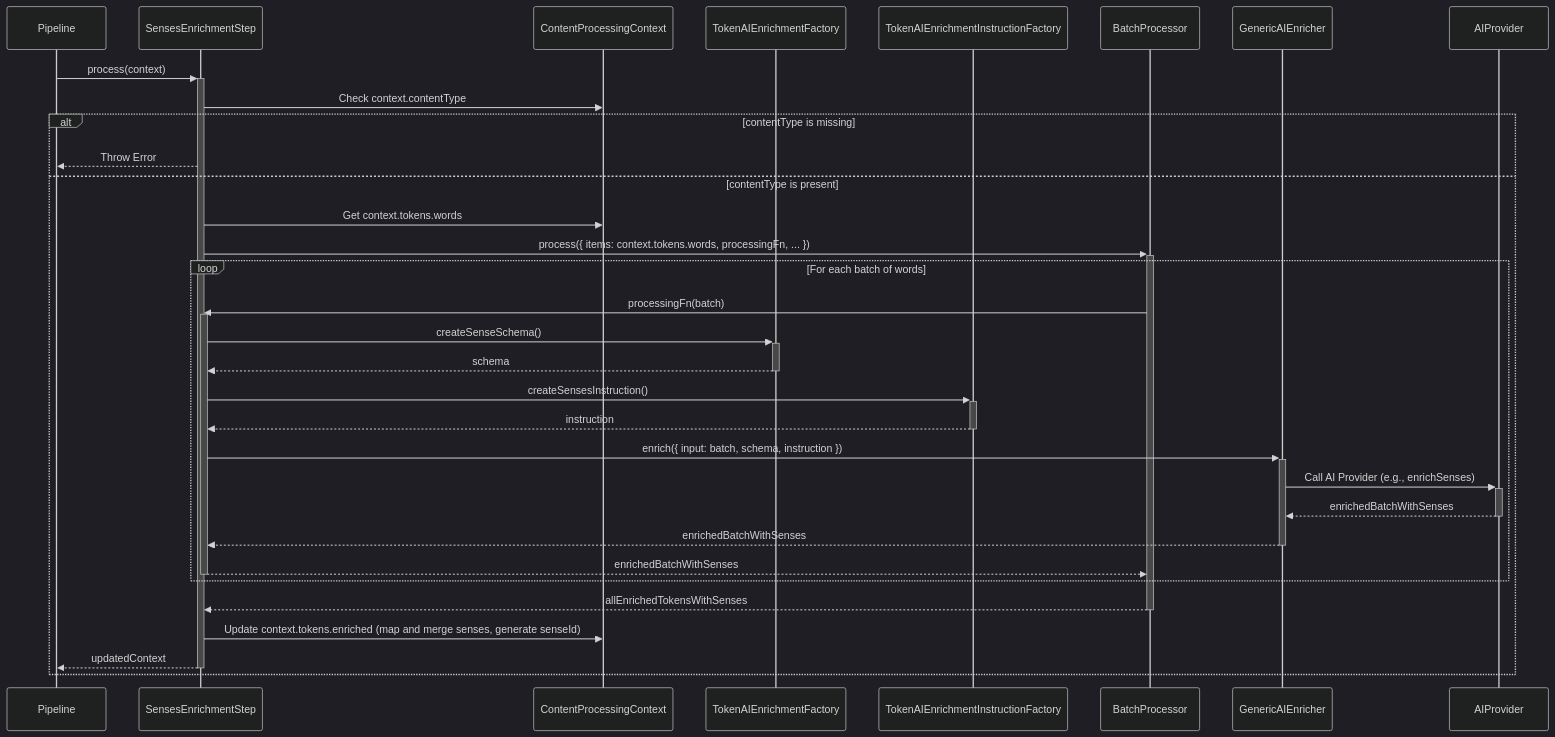
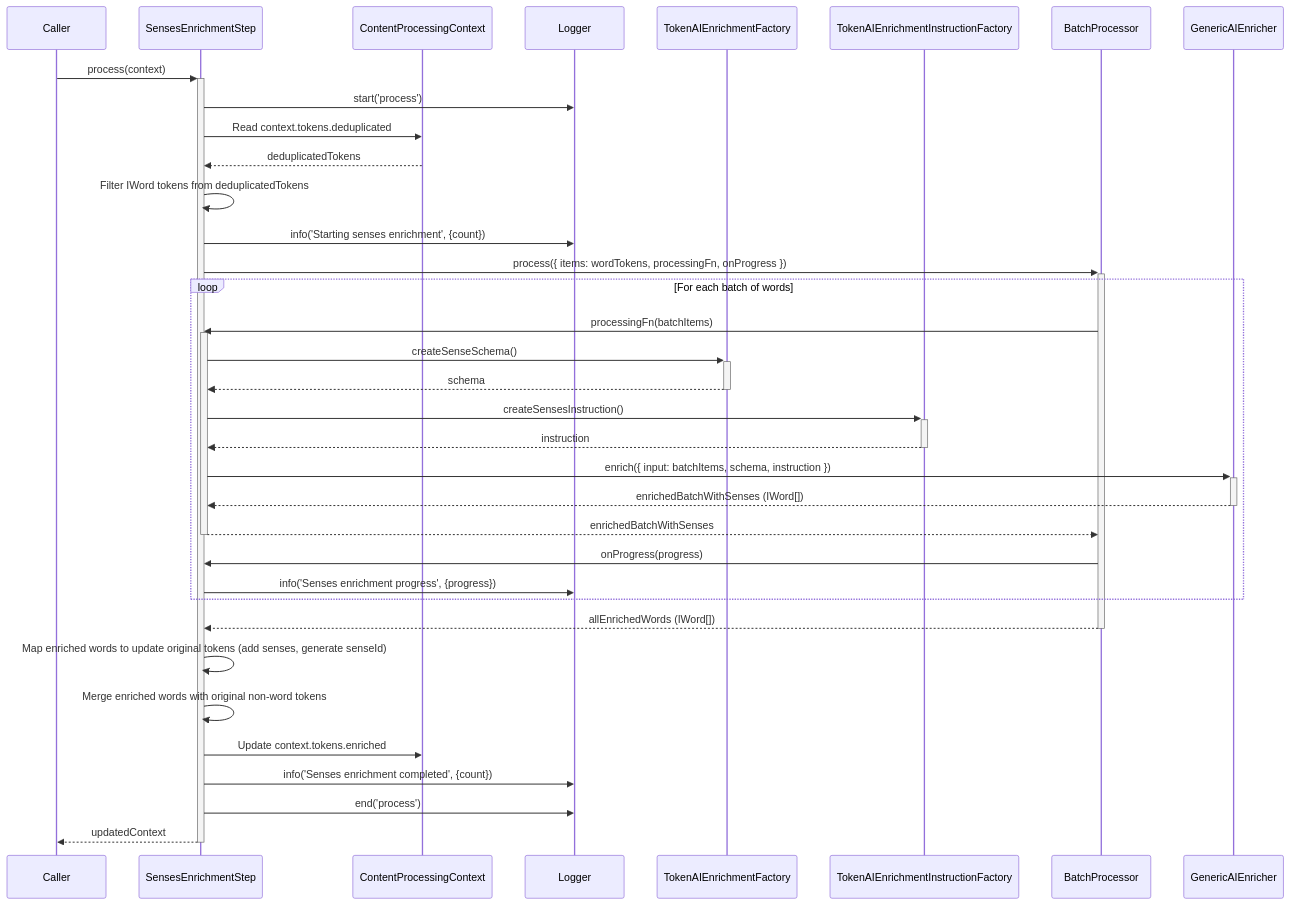
The diagram in lib/pipelines/steps/SensesEnrichmentStep.mmd (judithsanchez/bocaditosespanol), drawn with Mermaid before and after one commit. The commit also changed 15 other files, not shown here.

```diff
--- a/lib/pipelines/steps/SensesEnrichmentStep.mmd
+++ b/lib/pipelines/steps/SensesEnrichmentStep.mmd
@@ -1,34 +1,36 @@
-%%{ init: { 'theme': 'dark', 'themeVariables': { 'background': '#1e1e1e', 'primaryColor': '#2d2d30', 'primaryBorderColor': '#3c3c3c', 'primaryTextColor': '#d4d4d4', 'lineColor': '#569cd6', 'secondaryColor': '#ce9178', 'tertiaryColor': '#4ec9b0' } } }%%
 sequenceDiagram
-    participant Pipeline
+    participant Caller
     participant SES as SensesEnrichmentStep
-    participant CPC as ContentProcessingContext
-    participant TEF as TokenAIEnrichmentFactory
-    participant TEIF as TokenAIEnrichmentInstructionFactory
+    participant Ctx as ContentProcessingContext
+    participant Logger
+    participant SchemaFactory as TokenAIEnrichmentFactory
+    participant InstructionFactory as TokenAIEnrichmentInstructionFactory
     participant BP as BatchProcessor
-    participant GE as GenericAIEnricher
-    participant AIP as AIProvider
+    participant Enricher as GenericAIEnricher
 
-    Pipeline->>+SES: process(context)
-    SES->>CPC: Check context.contentType
-    alt contentType is missing
-        SES-->>Pipeline: Throw Error
-    else contentType is present
-        SES->>CPC: Get context.tokens.words
-        SES->>+BP: process({ items: context.tokens.words, processingFn, ... })
-        loop For each batch of words
-            BP->>+SES: processingFn(batch)
-            SES->>+TEF: createSenseSchema()
-            TEF-->>-SES: schema
-            SES->>+TEIF: createSensesInstruction()
-            TEIF-->>-SES: instruction
-            SES->>+GE: enrich({ input: batch, schema, instruction })
-            GE->>+AIP: Call AI Provider (e.g., enrichSenses)
-            AIP-->>-GE: enrichedBatchWithSenses
-            GE-->>-SES: enrichedBatchWithSenses
-            SES-->>-BP: enrichedBatchWithSenses
-        end
-        BP-->>-SES: allEnrichedTokensWithSenses
-        SES->>CPC: Update context.tokens.enriched (map and merge senses, generate senseId)
-        SES-->>-Pipeline: updatedContext
+    Caller->>+SES: process(context)
+    SES->>Logger: start('process')
+    SES->>Ctx: Read context.tokens.deduplicated
+    Ctx-->>SES: deduplicatedTokens
+    SES->>SES: Filter IWord tokens from deduplicatedTokens
+    SES->>Logger: info('Starting senses enrichment', {count})
+    SES->>+BP: process({ items: wordTokens, processingFn, onProgress })
+    loop For each batch of words
+        BP->>+SES: processingFn(batchItems)
+        SES->>+SchemaFactory: createSenseSchema()
+        SchemaFactory-->>-SES: schema
+        SES->>+InstructionFactory: createSensesInstruction()
+        InstructionFactory-->>-SES: instruction
+        SES->>+Enricher: enrich({ input: batchItems, schema, instruction })
+        Enricher-->>-SES: enrichedBatchWithSenses (IWord[])
+        SES-->>-BP: enrichedBatchWithSenses
+        BP->>SES: onProgress(progress)
+        SES->>Logger: info('Senses enrichment progress', {progress})
     end
+    BP-->>-SES: allEnrichedWords (IWord[])
+    SES->>SES: Map enriched words to update original tokens (add senses, generate senseId)
+    SES->>SES: Merge enriched words with original non-word tokens
+    SES->>Ctx: Update context.tokens.enriched
+    SES->>Logger: info('Senses enrichment completed', {count})
+    SES->>Logger: end('process')
+    SES-->>-Caller: updatedContext
```
